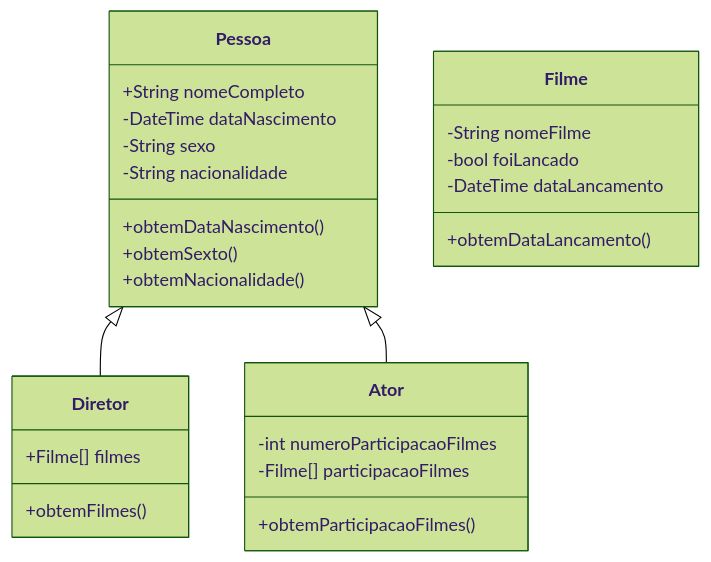
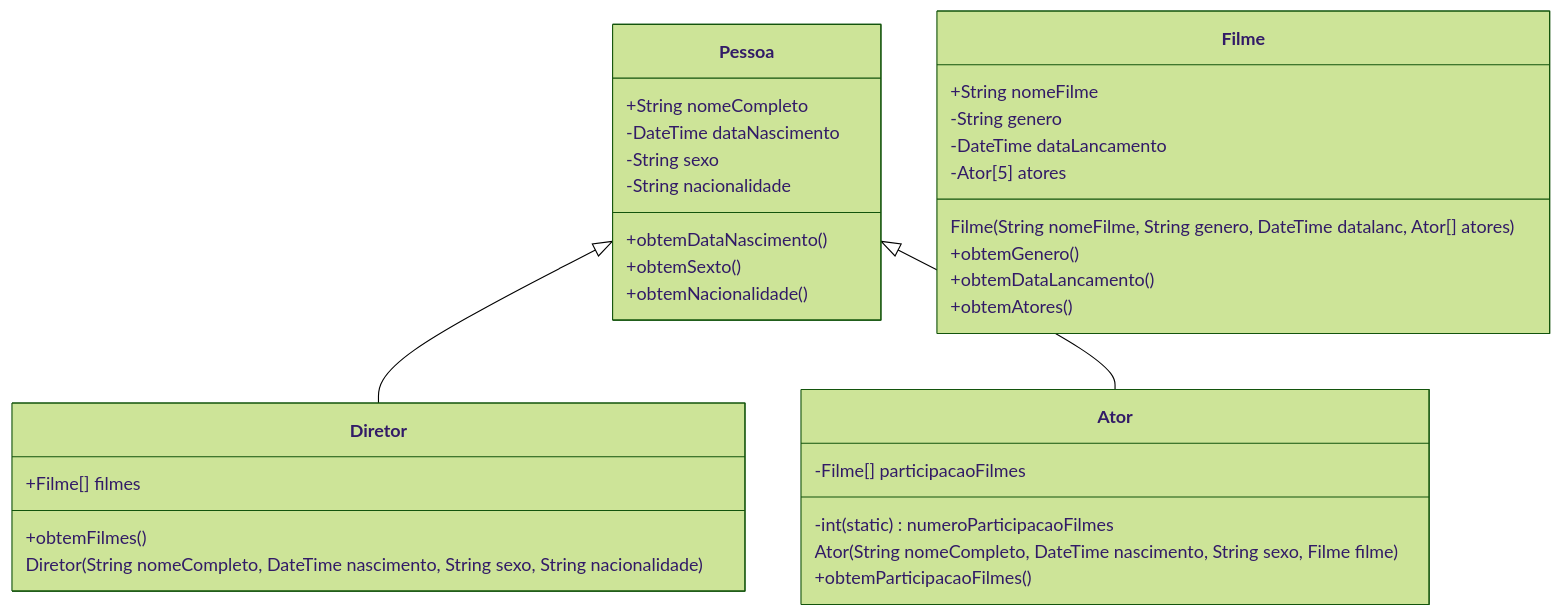
The diagram in README.md (glcamillo/poo-projeto-catalogo-imdb), drawn with Mermaid (forest theme) before and after one commit. The commit also changed other lines of this file, not shown here.

````diff
--- a/README.md
+++ b/README.md
@@ -49,28 +51,34 @@
 ```mermaid
 classDiagram
     Pessoa <|-- Diretor
     Pessoa <|-- Ator
     Pessoa : +String nomeCompleto
     Pessoa : -DateTime dataNascimento
     Pessoa : -String sexo
     Pessoa : -String nacionalidade
     Pessoa: +obtemDataNascimento()
     Pessoa: +obtemSexto()
     Pessoa: +obtemNacionalidade()
     class Diretor{
       +Filme[] filmes
       +obtemFilmes()
+      Diretor(String nomeCompleto, DateTime nascimento, String sexo, String nacionalidade)
     }
     class Ator{
-      -int numeroParticipacaoFilmes
+      -int (static) numeroParticipacaoFilmes
       -Filme[] participacaoFilmes
+      Ator(String nomeCompleto, DateTime nascimento, String sexo, Filme filme)
       +obtemParticipacaoFilmes()
     }
     class Filme{
-      -String nomeFilme
-      -bool foiLancado
+      +String nomeFilme
+      -String genero
       -DateTime dataLancamento
+      -Ator[5] atores
+      Filme(String nomeFilme, String genero, DateTime datalanc, Ator[] atores)
+      +obtemGenero()
       +obtemDataLancamento()
+      +obtemAtores()
     }
 
 ```
````
